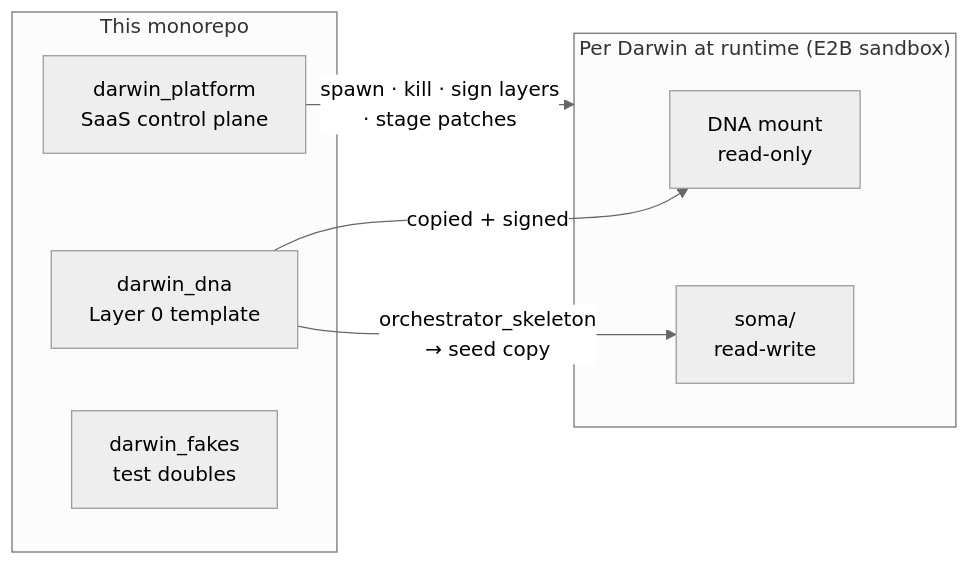
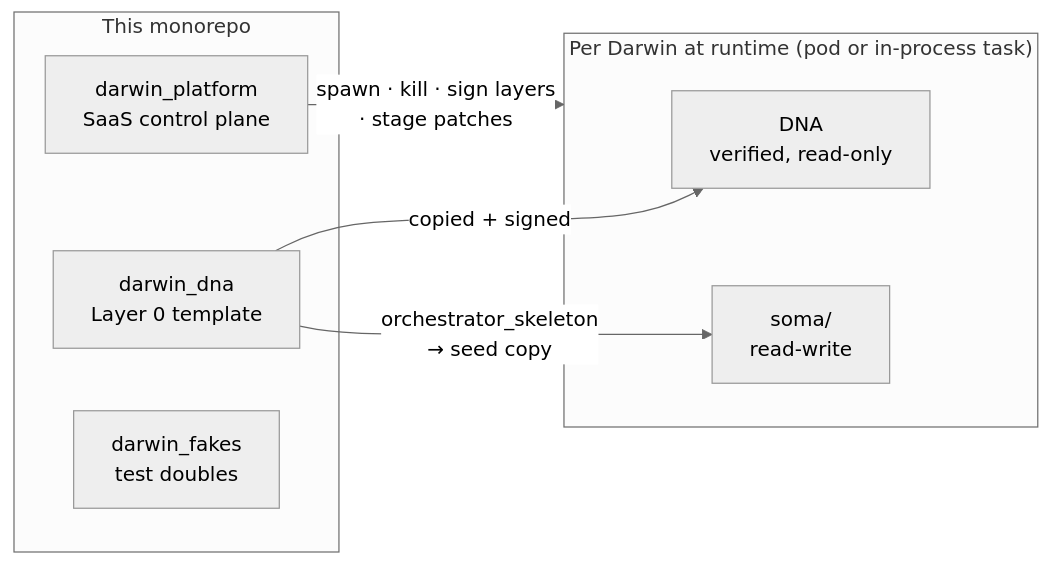
Before and after one commit to darwin-agents/darwin-agents: the first of 2 diagrams in README.md, drawn with Mermaid (neutral theme). The commit also changed other lines of this file and 8 other files, not shown here.

````diff
--- a/README.md
+++ b/README.md
@@ -51,17 +51,17 @@
 ```mermaid
 flowchart LR
     subgraph REPO["This monorepo"]
         DNA_PKG["darwin_dna\nLayer 0 template"]
         PLAT["darwin_platform\nSaaS control plane"]
         FAKES["darwin_fakes\ntest doubles"]
     end
 
-    subgraph RUNTIME["Per Darwin at runtime (E2B sandbox)"]
-        DNA_RO["DNA mount\nread-only"]
+    subgraph RUNTIME["Per Darwin at runtime (pod or in-process task)"]
+        DNA_RO["DNA\nverified, read-only"]
         SOMA_RW["soma/\nread-write"]
     end
 
     DNA_PKG -->|"copied + signed"| DNA_RO
     DNA_PKG -->|"orchestrator_skeleton\n→ seed copy"| SOMA_RW
     PLAT -->|"spawn · kill · sign layers\n· stage patches"| RUNTIME
 ```
````
